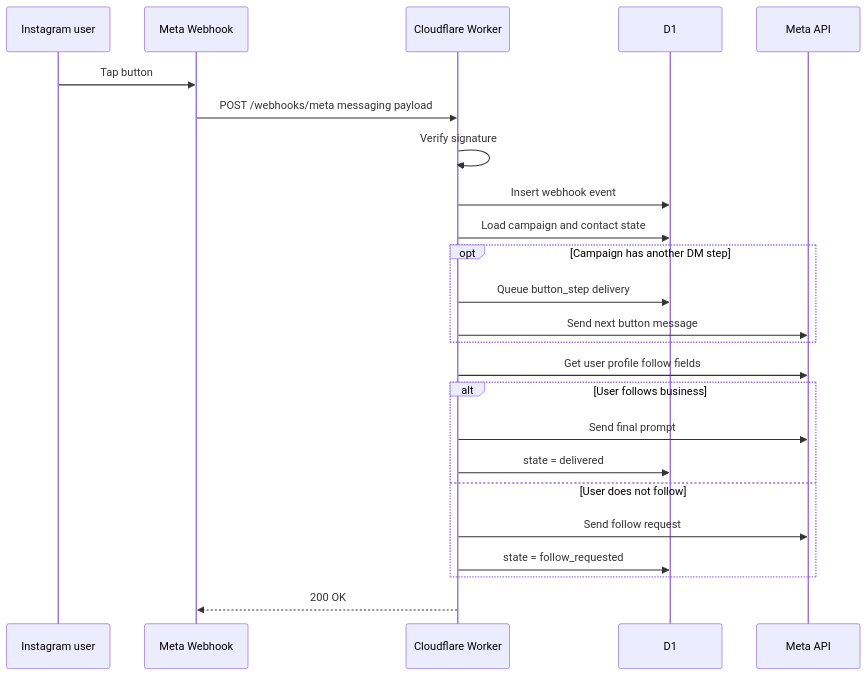
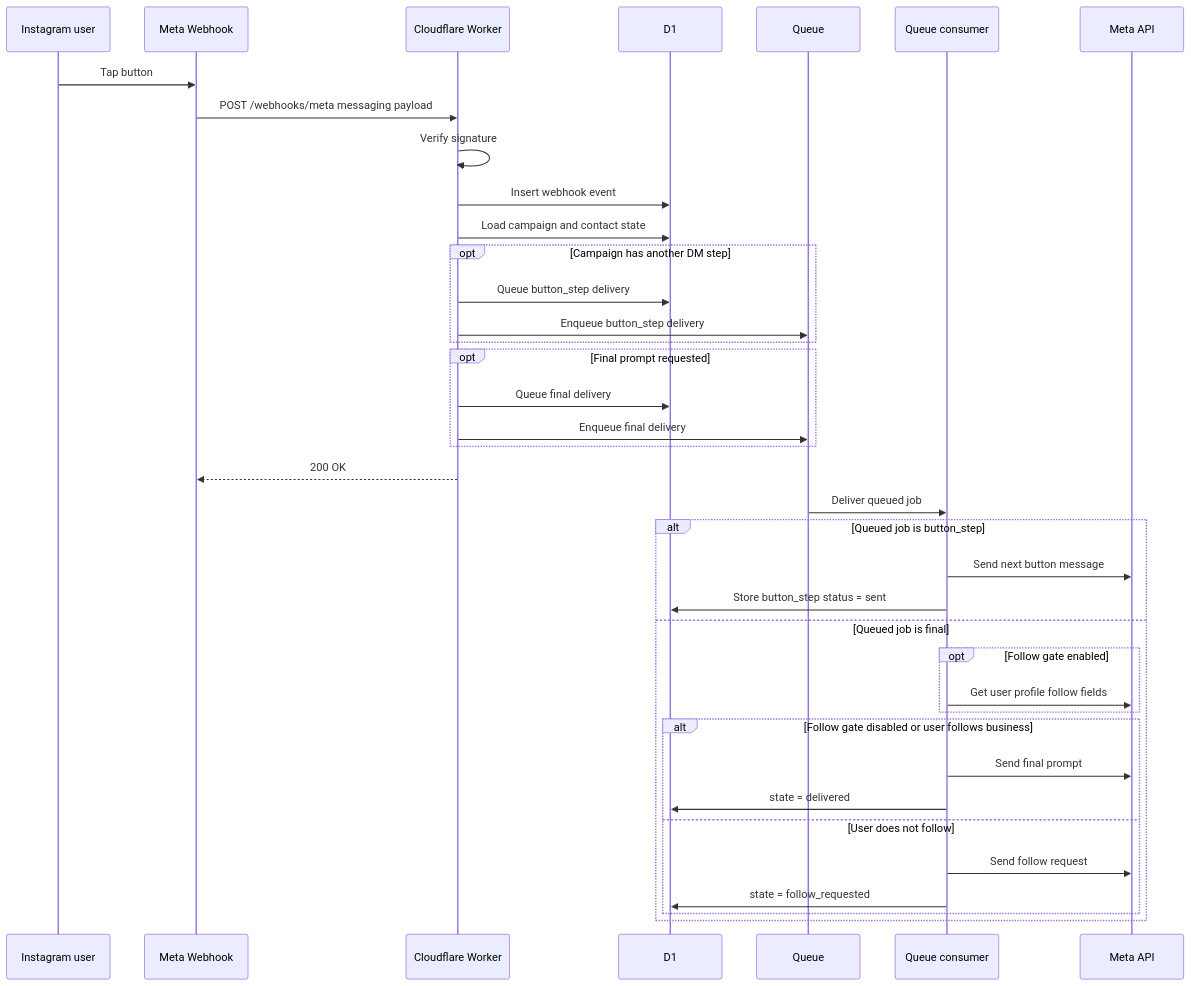
One commit to aldoprianandi/ig-autodm-worker changed the third of 4 diagrams in docs/03-architecture.md. Above: the diagram before and after it, drawn with Mermaid. The commit also changed other lines of this file and 30 other files, not shown here.

````diff
--- a/docs/03-architecture.md
+++ b/docs/03-architecture.md
@@ -143,27 +160,41 @@
 ```mermaid
 sequenceDiagram
   participant User as Instagram user
   participant Meta as Meta Webhook
   participant Worker as Cloudflare Worker
   participant D1 as D1
+  participant Q as Queue
+  participant Consumer as Queue consumer
   participant API as Meta API
 
   User->>Meta: Tap button
   Meta->>Worker: POST /webhooks/meta messaging payload
   Worker->>Worker: Verify signature
   Worker->>D1: Insert webhook event
   Worker->>D1: Load campaign and contact state
   opt Campaign has another DM step
     Worker->>D1: Queue button_step delivery
-    Worker->>API: Send next button message
+    Worker->>Q: Enqueue button_step delivery
   end
-  Worker->>API: Get user profile follow fields
-  alt User follows business
-    Worker->>API: Send final prompt
-    Worker->>D1: state = delivered
-  else User does not follow
-    Worker->>API: Send follow request
-    Worker->>D1: state = follow_requested
+  opt Final prompt requested
+    Worker->>D1: Queue final delivery
+    Worker->>Q: Enqueue final delivery
   end
   Worker-->>Meta: 200 OK
+  Q->>Consumer: Deliver queued job
+  alt Queued job is button_step
+    Consumer->>API: Send next button message
+    Consumer->>D1: Store button_step status = sent
+  else Queued job is final
+    opt Follow gate enabled
+      Consumer->>API: Get user profile follow fields
+    end
+    alt Follow gate disabled or user follows business
+      Consumer->>API: Send final prompt
+      Consumer->>D1: state = delivered
+    else User does not follow
+      Consumer->>API: Send follow request
+      Consumer->>D1: state = follow_requested
+    end
+  end
 ```
````
